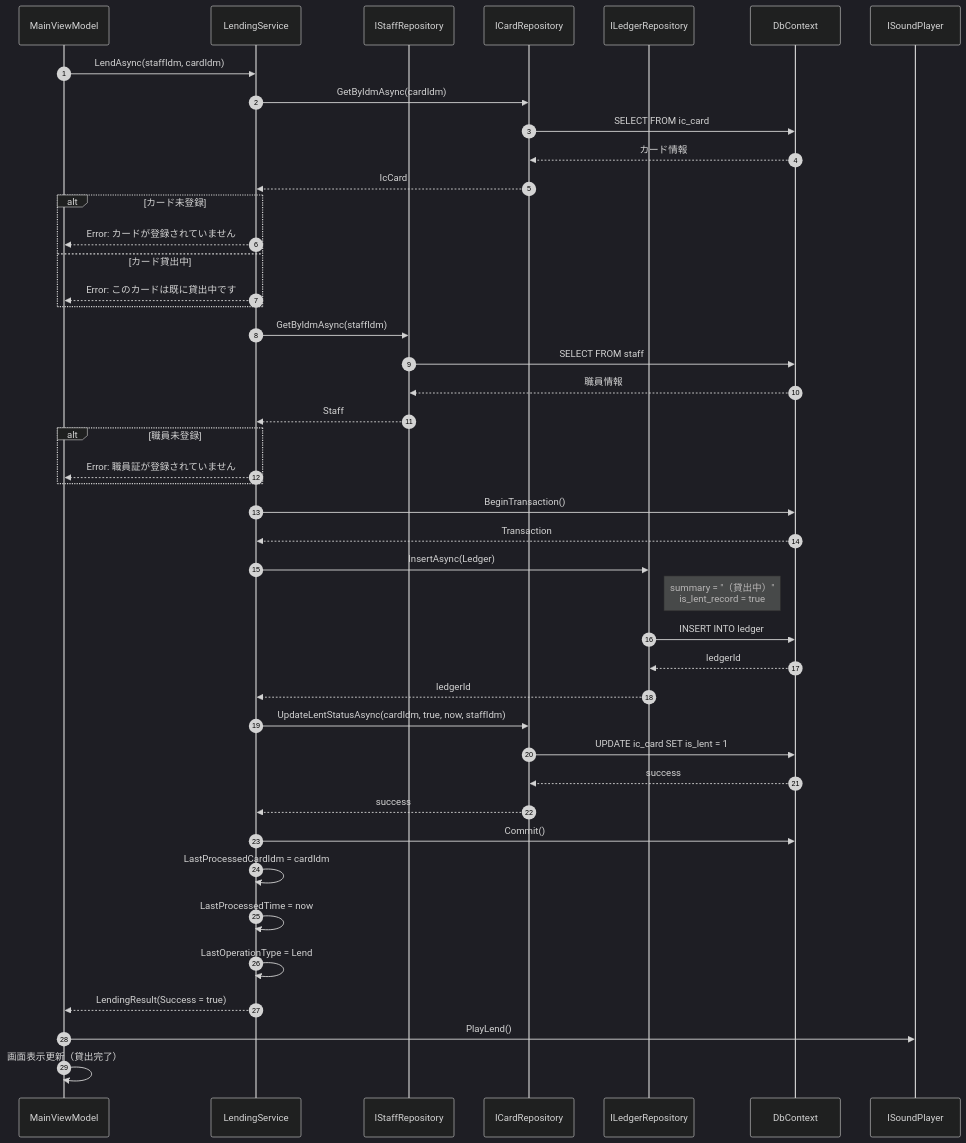
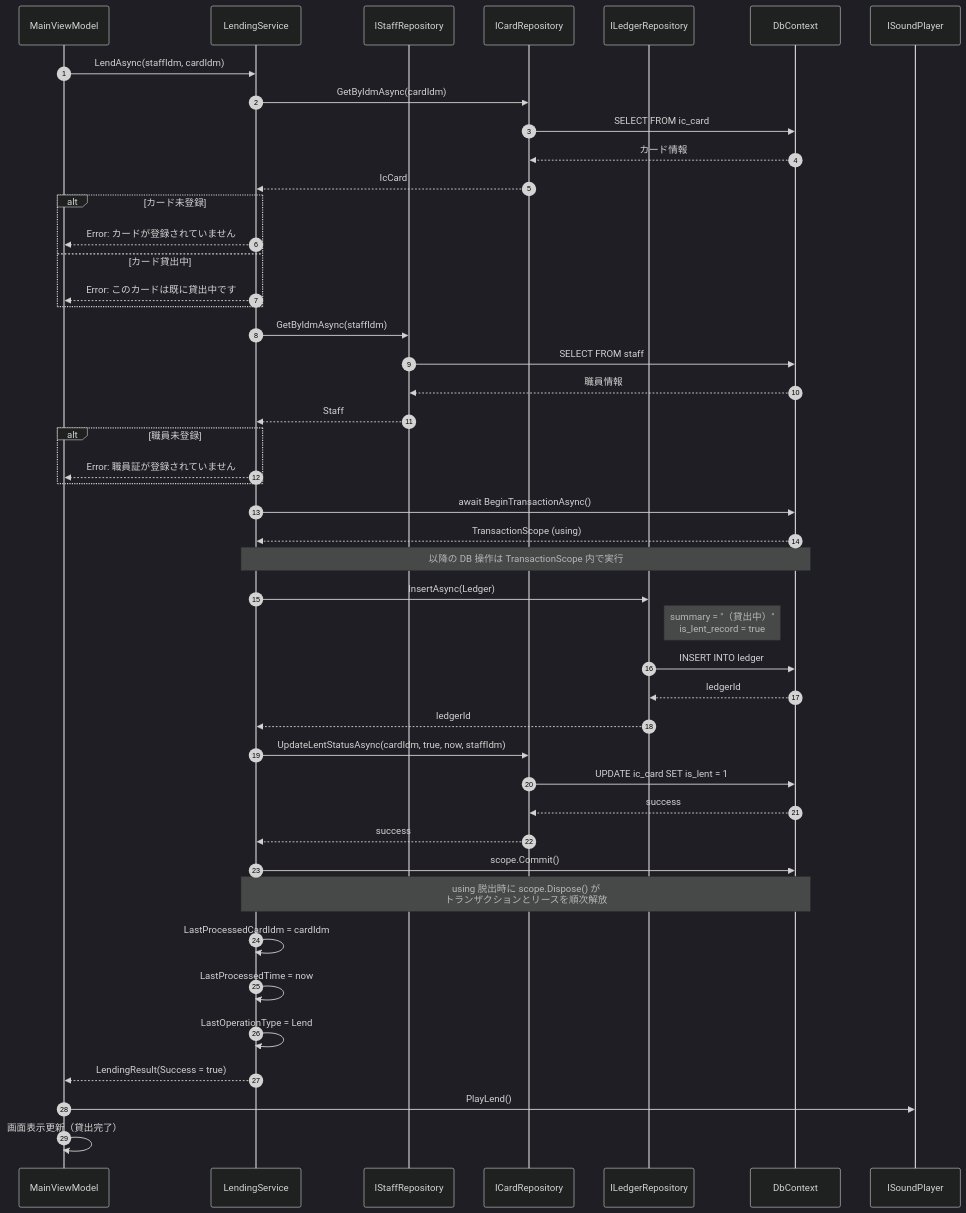
One commit to kuwayamamasayuki/ICCardManager changed the second of 14 diagrams in ICCardManager/docs/design/06_シーケンス図.md. Above: the diagram before and after it, drawn with Mermaid (dark theme). The commit also changed other lines of this file, not shown here.

First line of the commit message:
docs: 06_シーケンス図を非同期/TransactionScope 対応に刷新 (#1245)

````diff
--- a/ICCardManager/docs/design/06_シーケンス図.md
+++ b/ICCardManager/docs/design/06_シーケンス図.md
@@ -95,58 +97,60 @@
 ```mermaid
 sequenceDiagram
     autonumber
     participant VM as MainViewModel
     participant LS as LendingService
     participant SR as IStaffRepository
     participant CR as ICardRepository
     participant LR as ILedgerRepository
     participant DB as DbContext
     participant Sound as ISoundPlayer
 
     VM->>LS: LendAsync(staffIdm, cardIdm)
 
     LS->>CR: GetByIdmAsync(cardIdm)
     CR->>DB: SELECT FROM ic_card
     DB-->>CR: カード情報
     CR-->>LS: IcCard
 
     alt カード未登録
         LS-->>VM: Error: カードが登録されていません
     else カード貸出中
         LS-->>VM: Error: このカードは既に貸出中です
     end
 
     LS->>SR: GetByIdmAsync(staffIdm)
     SR->>DB: SELECT FROM staff
     DB-->>SR: 職員情報
     SR-->>LS: Staff
 
     alt 職員未登録
         LS-->>VM: Error: 職員証が登録されていません
     end
 
-    LS->>DB: BeginTransaction()
-    DB-->>LS: Transaction
+    LS->>DB: await BeginTransactionAsync()
+    DB-->>LS: TransactionScope (using)
+    Note over LS,DB: 以降の DB 操作は TransactionScope 内で実行
 
     LS->>LR: InsertAsync(Ledger)
     Note right of LR: summary = "（貸出中）"<br/>is_lent_record = true
     LR->>DB: INSERT INTO ledger
     DB-->>LR: ledgerId
     LR-->>LS: ledgerId
 
     LS->>CR: UpdateLentStatusAsync(cardIdm, true, now, staffIdm)
     CR->>DB: UPDATE ic_card SET is_lent = 1
     DB-->>CR: success
     CR-->>LS: success
 
-    LS->>DB: Commit()
+    LS->>DB: scope.Commit()
+    Note over LS,DB: using 脱出時に scope.Dispose() が<br/>トランザクションとリースを順次解放
 
     LS->>LS: LastProcessedCardIdm = cardIdm
     LS->>LS: LastProcessedTime = now
     LS->>LS: LastOperationType = Lend
 
     LS-->>VM: LendingResult(Success = true)
 
     VM->>Sound: PlayLend()
     VM->>VM: 画面表示更新（貸出完了）
 ```
````
